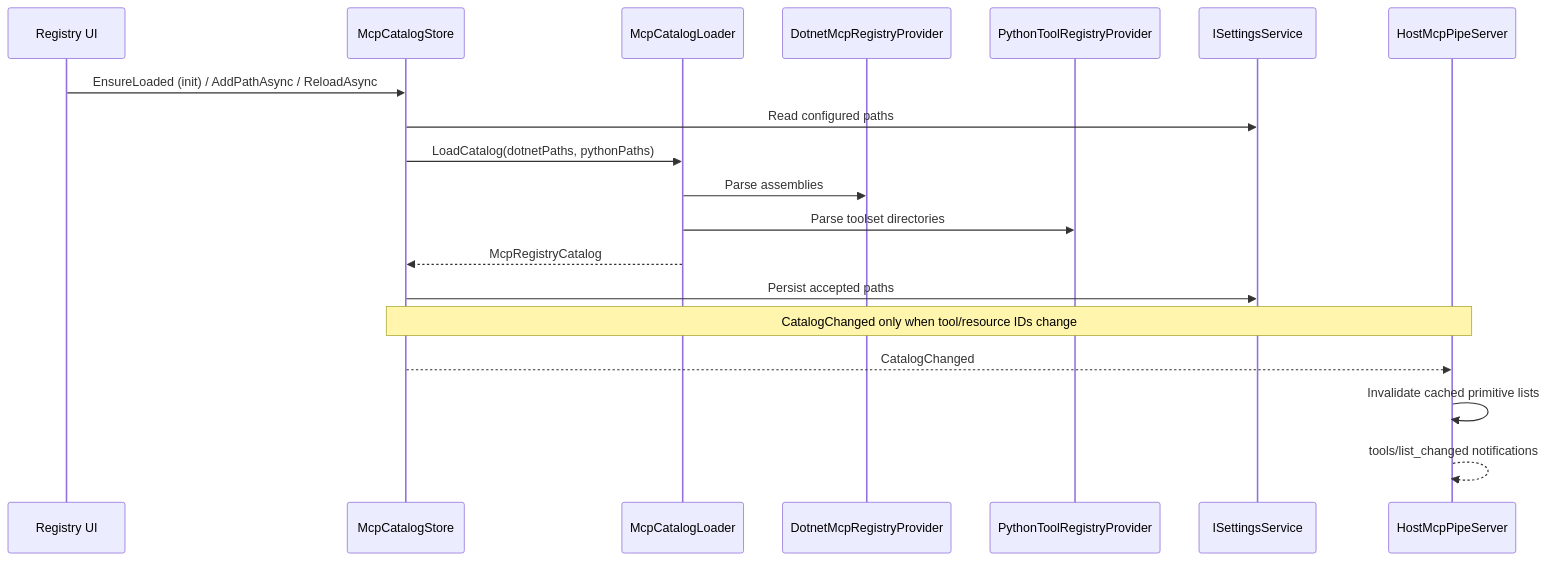
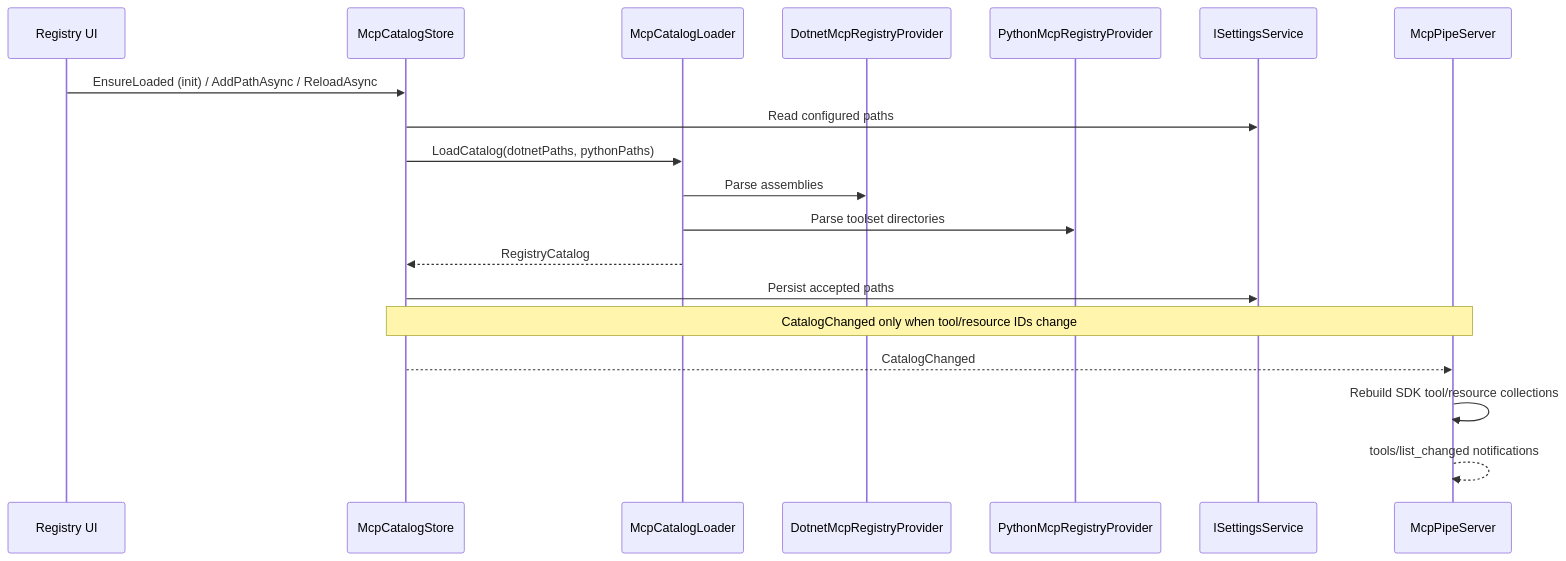
One commit to trgiangv/RevitDevTool changed the second of 2 diagrams in docs/architecture/MCP/in-host-runtime.md. Above: the diagram before and after it, drawn with Mermaid. The commit also changed other lines of this file and 23 other files, not shown here.

First line of the commit message:
docs(mcp): record flow simplification, ADR 0039, and coverage snapshot

````diff
--- a/docs/architecture/MCP/in-host-runtime.md
+++ b/docs/architecture/MCP/in-host-runtime.md
@@ -41,22 +42,22 @@
 ```mermaid
 sequenceDiagram
     participant UI as Registry UI
     participant Store as McpCatalogStore
     participant Loader as McpCatalogLoader
     participant Dotnet as DotnetMcpRegistryProvider
-    participant Python as PythonToolRegistryProvider
+    participant Python as PythonMcpRegistryProvider
     participant Settings as ISettingsService
-    participant HostServer as HostMcpPipeServer
+    participant HostServer as McpPipeServer
 
     UI->>Store: EnsureLoaded (init) / AddPathAsync / ReloadAsync
     Store->>Settings: Read configured paths
     Store->>Loader: LoadCatalog(dotnetPaths, pythonPaths)
     Loader->>Dotnet: Parse assemblies
     Loader->>Python: Parse toolset directories
-    Loader-->>Store: McpRegistryCatalog
+    Loader-->>Store: RegistryCatalog
     Store->>Settings: Persist accepted paths
     Note over Store,HostServer: CatalogChanged only when tool/resource IDs change
     Store-->>HostServer: CatalogChanged
-    HostServer->>HostServer: Invalidate cached primitive lists
+    HostServer->>HostServer: Rebuild SDK tool/resource collections
     HostServer-->>HostServer: tools/list_changed notifications
 ```
````
